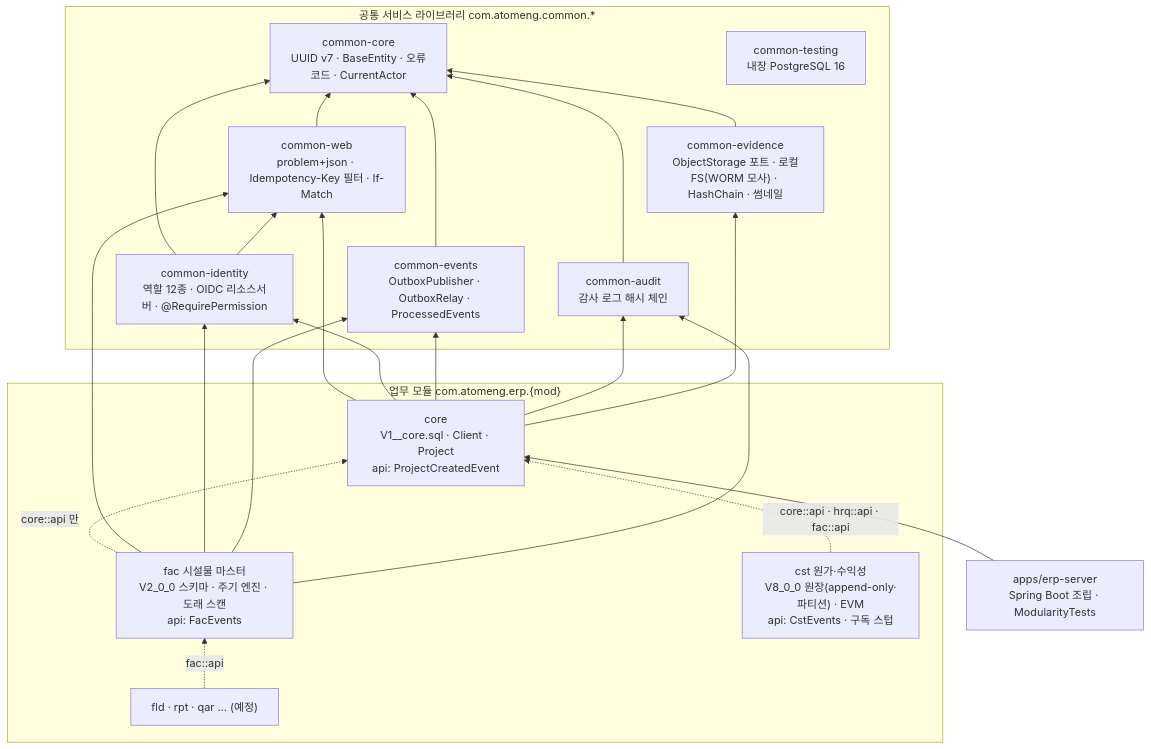
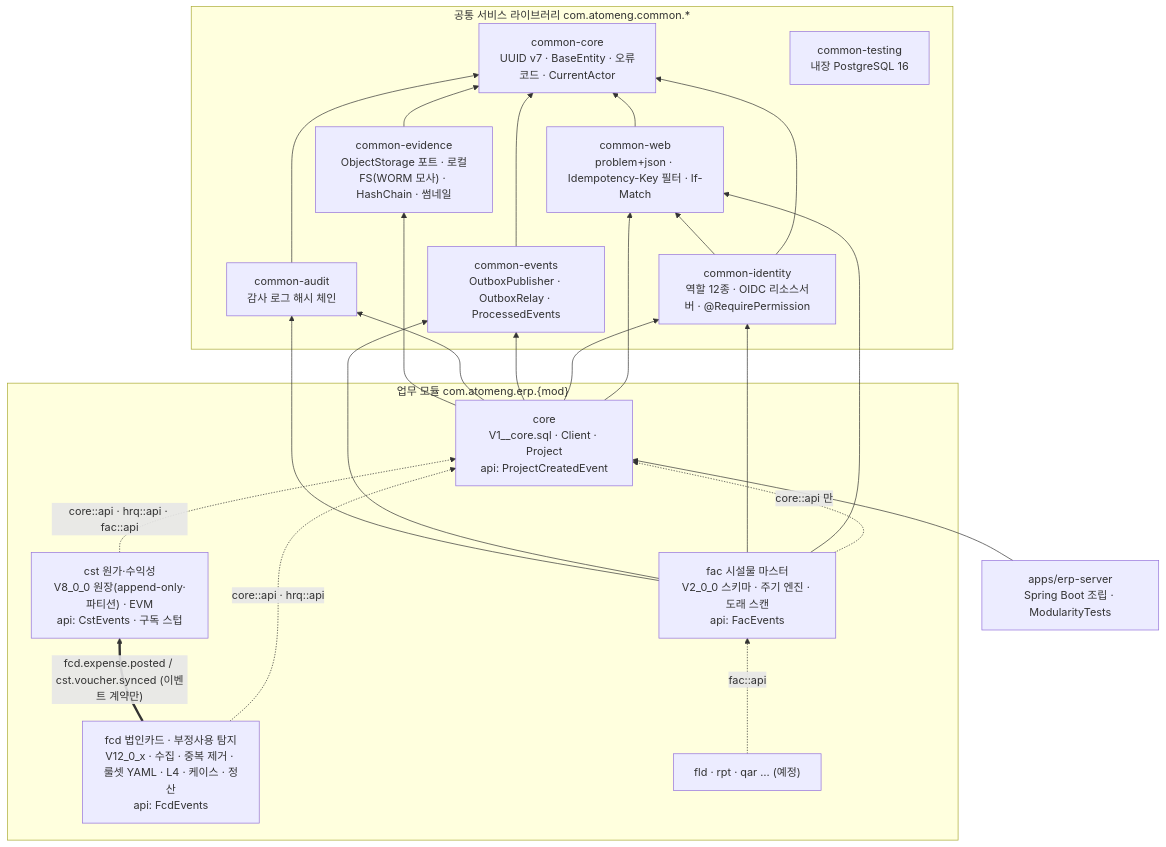
The diagram in README.md (limpst/atom-erp), drawn with Mermaid before and after one commit. The commit also changed other lines of this file and 75 other files, not shown here.

First line of the commit message:
feat(fcd): 12 법인카드 관리·부정사용 탐지 첫 단계 — Python 프로토타입 이식(골든 패리티)

````diff
--- a/README.md
+++ b/README.md
@@ -42,31 +43,34 @@
 ```mermaid
 flowchart BT
   subgraph COMMON["공통 서비스 라이브러리 com.atomeng.common.*"]
     CC["common-core<br>UUID v7 · BaseEntity · 오류코드 · CurrentActor"]
     CW["common-web<br>problem+json · Idempotency-Key 필터 · If-Match"]
     CI["common-identity<br>역할 12종 · OIDC 리소스서버 · @RequirePermission"]
     CE["common-events<br>OutboxPublisher · OutboxRelay · ProcessedEvents"]
     CA["common-audit<br>감사 로그 해시 체인"]
     CT["common-testing<br>내장 PostgreSQL 16"]
     CV["common-evidence<br>ObjectStorage 포트 · 로컬FS(WORM 모사) · HashChain · 썸네일"]
   end
   subgraph MODS["업무 모듈 com.atomeng.erp.{mod}"]
     CORE["core<br>V1__core.sql · Client · Project<br>api: ProjectCreatedEvent"]
     FAC["fac 시설물 마스터<br>V2_0_0 스키마 · 주기 엔진 · 도래 스캔<br>api: FacEvents"]
     CST["cst 원가·수익성<br>V8_0_0 원장(append-only·파티션) · EVM<br>api: CstEvents · 구독 스텁"]
+    FCD["fcd 법인카드 · 부정사용 탐지<br>V12_0_x · 수집 · 중복 제거 · 룰셋 YAML · L4 · 케이스 · 정산<br>api: FcdEvents"]
     NEXT["fld · rpt · qar … (예정)"]
   end
   APP["apps/erp-server<br>Spring Boot 조립 · ModularityTests"]
   CW --> CC
   CI --> CC
   CI --> CW
   CE --> CC
   CA --> CC
   CV --> CC
   CORE --> CW & CI & CE & CA & CV
   FAC -. "core::api 만" .-> CORE
   FAC --> CW & CI & CE & CA
   NEXT -. "fac::api" .-> FAC
   CST -. "core::api · hrq::api · fac::api" .-> CORE
+  FCD -. "core::api · hrq::api" .-> CORE
+  FCD == "fcd.expense.posted / cst.voucher.synced (이벤트 계약만)" ==> CST
   APP --> CORE
 ```
````
